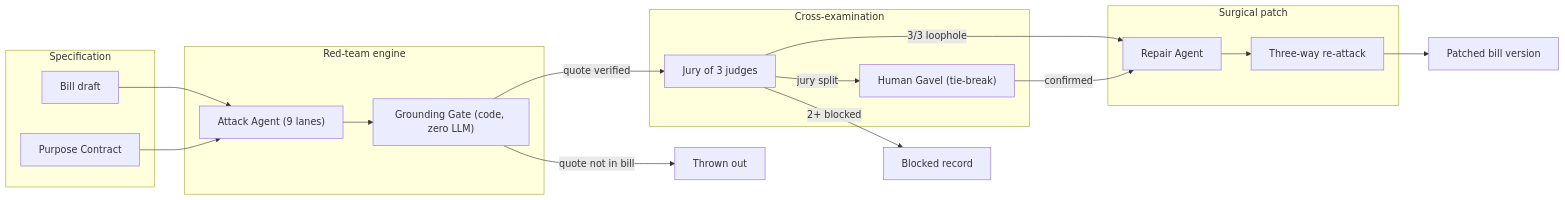
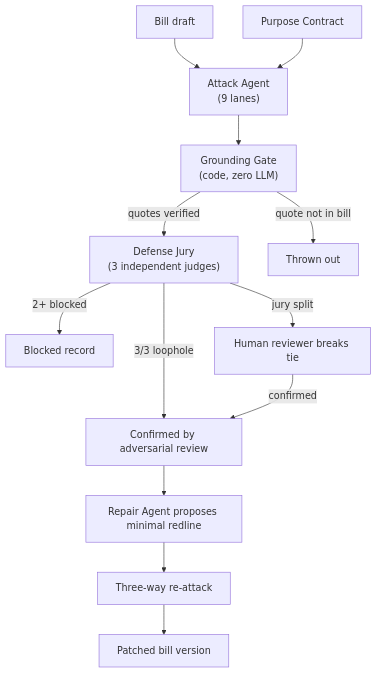
The first of 2 diagrams in README.md (Spkap/LexHacks), drawn with Mermaid before and after one commit.

Commit message:
docs: add demo link and clarify architecture diagram

````diff
--- a/README.md
+++ b/README.md
@@ -41,34 +43,15 @@
 ```mermaid
-flowchart LR
-    subgraph Inputs["Specification"]
-        Bill["Bill draft"]
-        Purpose["Purpose Contract"]
-    end
-
-    subgraph RedTeam["Red-team engine"]
-        Attacker["Attack Agent (9 lanes)"]
-        Gate["Grounding Gate (code, zero LLM)"]
-    end
-
-    subgraph Deliberation["Cross-examination"]
-        Jury["Jury of 3 judges"]
-        Gavel["Human Gavel (tie-break)"]
-    end
-
-    subgraph Remediation["Surgical patch"]
-        Repair["Repair Agent"]
-        Reattack["Three-way re-attack"]
-    end
-
-    Bill --> Attacker
-    Purpose --> Attacker
-    Attacker --> Gate
-    Gate -->|"quote verified"| Jury
-    Gate -->|"quote not in bill"| ThrownOut["Thrown out"]
-    Jury -->|"3/3 loophole"| Repair
-    Jury -->|"2+ blocked"| BlockedRecord["Blocked record"]
-    Jury -->|"jury split"| Gavel
-    Gavel -->|"confirmed"| Repair
-    Repair --> Reattack
-    Reattack --> PatchedBill["Patched bill version"]
+flowchart TD
+    Bill["Bill draft"] --> Attack["Attack Agent<br/>(9 lanes)"]
+    Purpose["Purpose Contract"] --> Attack
+    Attack --> Gate["Grounding Gate<br/>(code, zero LLM)"]
+    Gate -->|"quotes verified"| Jury["Defense Jury<br/>(3 independent judges)"]
+    Gate -->|"quote not in bill"| Rejected["Thrown out"]
+    Jury -->|"3/3 loophole"| Confirmed["Confirmed by adversarial review"]
+    Jury -->|"2+ blocked"| Blocked["Blocked record"]
+    Jury -->|"jury split"| Human["Human reviewer breaks tie"]
+    Human -->|"confirmed"| Confirmed
+    Confirmed --> Repair["Repair Agent proposes minimal redline"]
+    Repair --> Reattack["Three-way re-attack"]
+    Reattack --> Patched["Patched bill version"]
 ```
````
